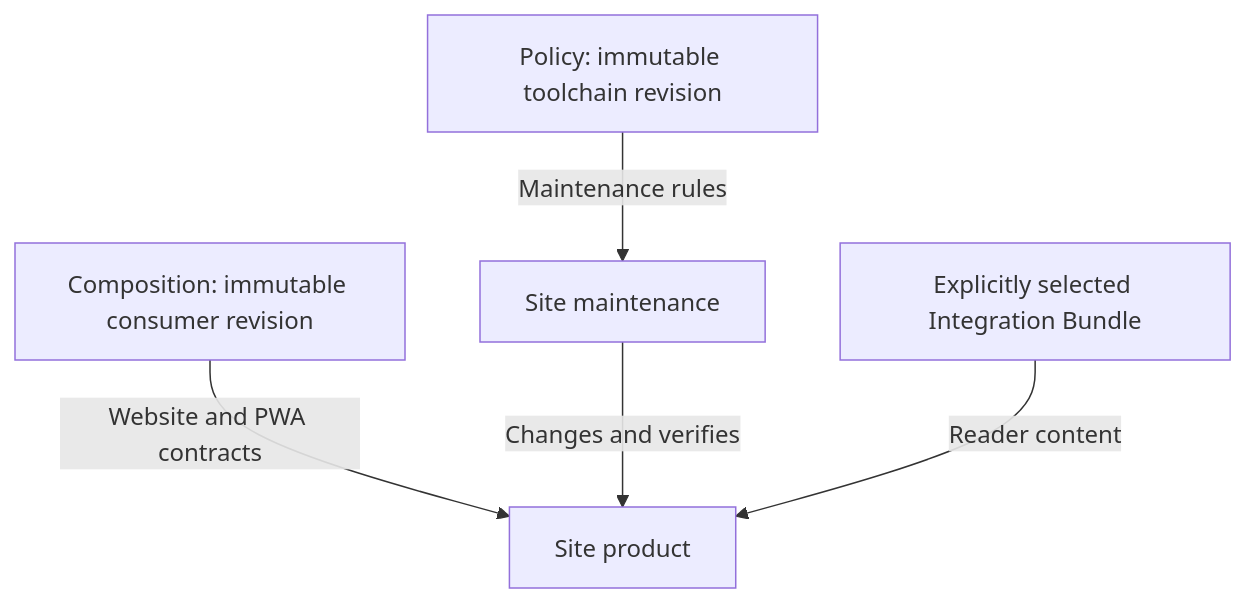
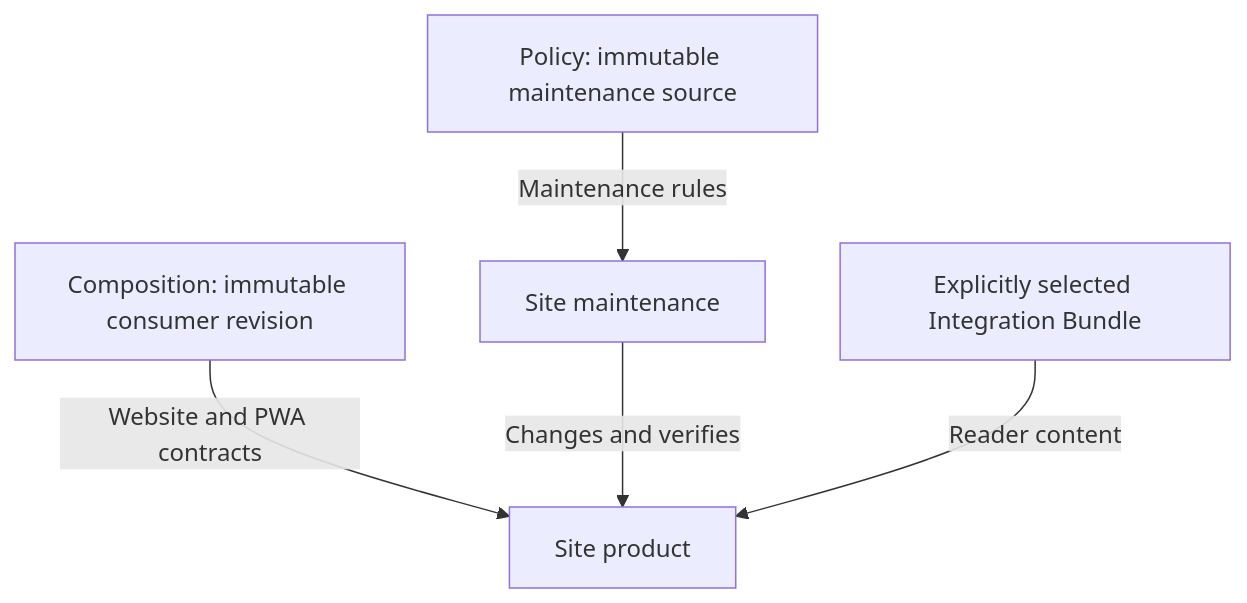
One commit to TakashiSasaki/templates changed the diagram in docs/policy-composition-coexistence.md. Above: the diagram before and after it, drawn with Mermaid. The commit also changed other lines of this file and 10 other files, not shown here.

Commit message:
chore(site): adopt final Policy source

````diff
--- a/docs/policy-composition-coexistence.md
+++ b/docs/policy-composition-coexistence.md
@@ -203,7 +203,7 @@
 ```mermaid
 flowchart TD
   C["Composition: immutable consumer revision"] -->|"Website and PWA contracts"|S["Site product"]
-  P["Policy: immutable toolchain revision"] -->|"Maintenance rules"|M["Site maintenance"]
+  P["Policy: immutable maintenance source"] -->|"Maintenance rules"|M["Site maintenance"]
   M -->|"Changes and verifies"|S
   CP["Explicitly selected Integration Bundle"] -->|"Reader content"|S
 ```
````
